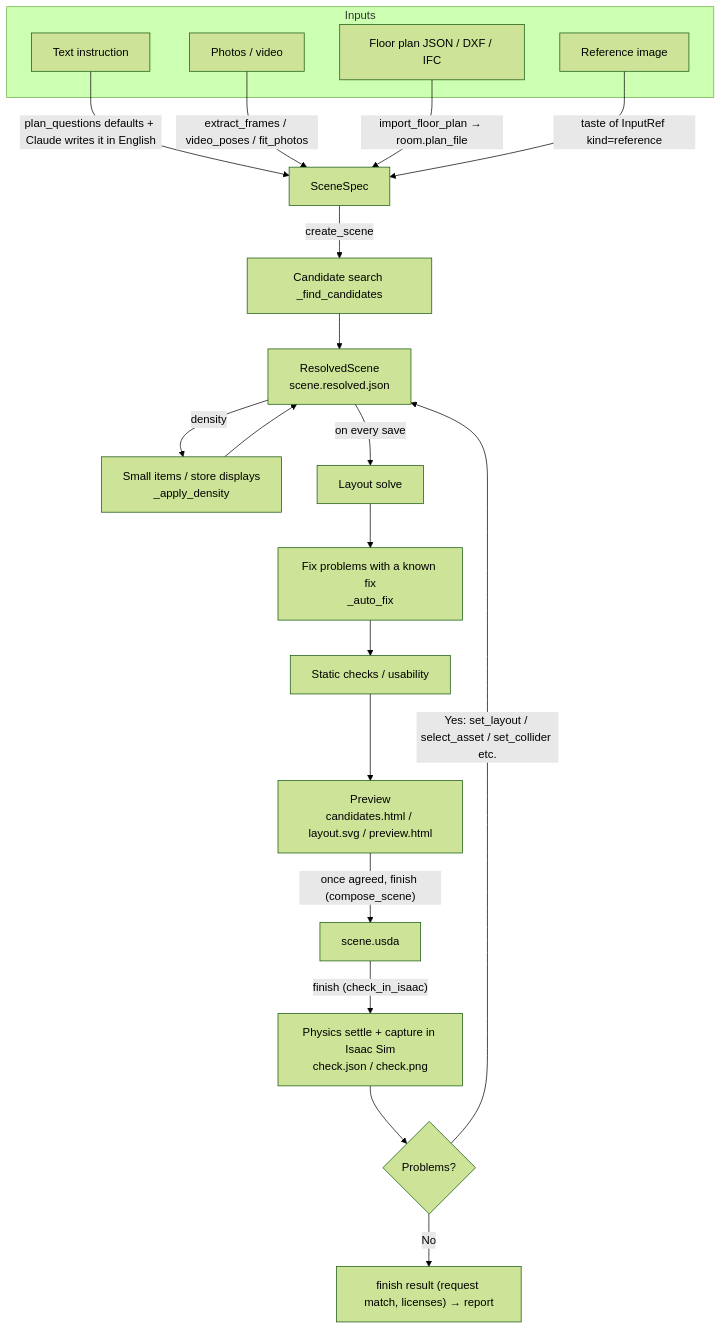
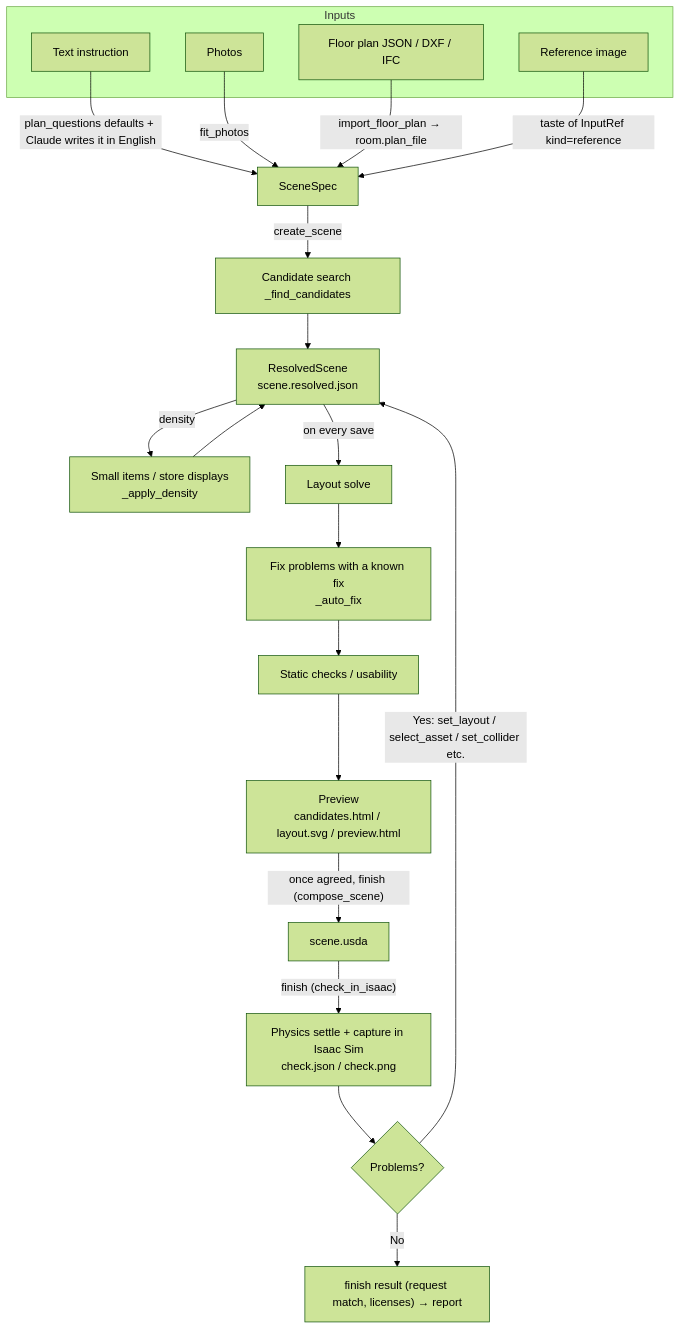
The first of 13 diagrams in docs/en/architecture.md (atinfinity/agentic-sim-world-gen), drawn with Mermaid (forest theme) before and after one commit. The commit also changed other lines of this file and 48 other files, not shown here.

````diff
--- a/docs/en/architecture.md
+++ b/docs/en/architecture.md
@@ -24,28 +24,28 @@
 ```mermaid
 flowchart TD
     subgraph inputs["Inputs"]
         nl["Text instruction"]
-        photo["Photos / video"]
+        photo["Photos"]
         plan["Floor plan JSON / DXF / IFC"]
         ref["Reference image"]
     end
 
     nl -->|"plan_questions defaults + Claude writes it in English"| spec["SceneSpec"]
-    photo -->|"extract_frames / video_poses / fit_photos"| spec
+    photo -->|"fit_photos"| spec
     plan -->|"import_floor_plan → room.plan_file"| spec
     ref -->|"taste of InputRef kind=reference"| spec
 
     spec -->|"create_scene"| search["Candidate search _find_candidates"]
     search --> resolved["ResolvedScene<br/>scene.resolved.json"]
     resolved -->|"density"| decor["Small items / store displays<br/>_apply_density"]
     decor --> resolved
     resolved -->|"on every save"| solve["Layout solve"]
     solve --> autofix["Fix problems with a known fix<br/>_auto_fix"]
     autofix --> checks["Static checks / usability"]
     checks --> preview["Preview<br/>candidates.html / layout.svg / preview.html"]
     preview -->|"once agreed, finish (compose_scene)"| usd["scene.usda"]
     usd -->|"finish (check_in_isaac)"| isaac["Physics settle + capture in Isaac Sim<br/>check.json / check.png"]
     isaac --> fix{"Problems?"}
     fix -->|"Yes: set_layout / select_asset / set_collider etc."| resolved
     fix -->|"No"| report["finish result (request match, licenses) → report"]
 ```
````
